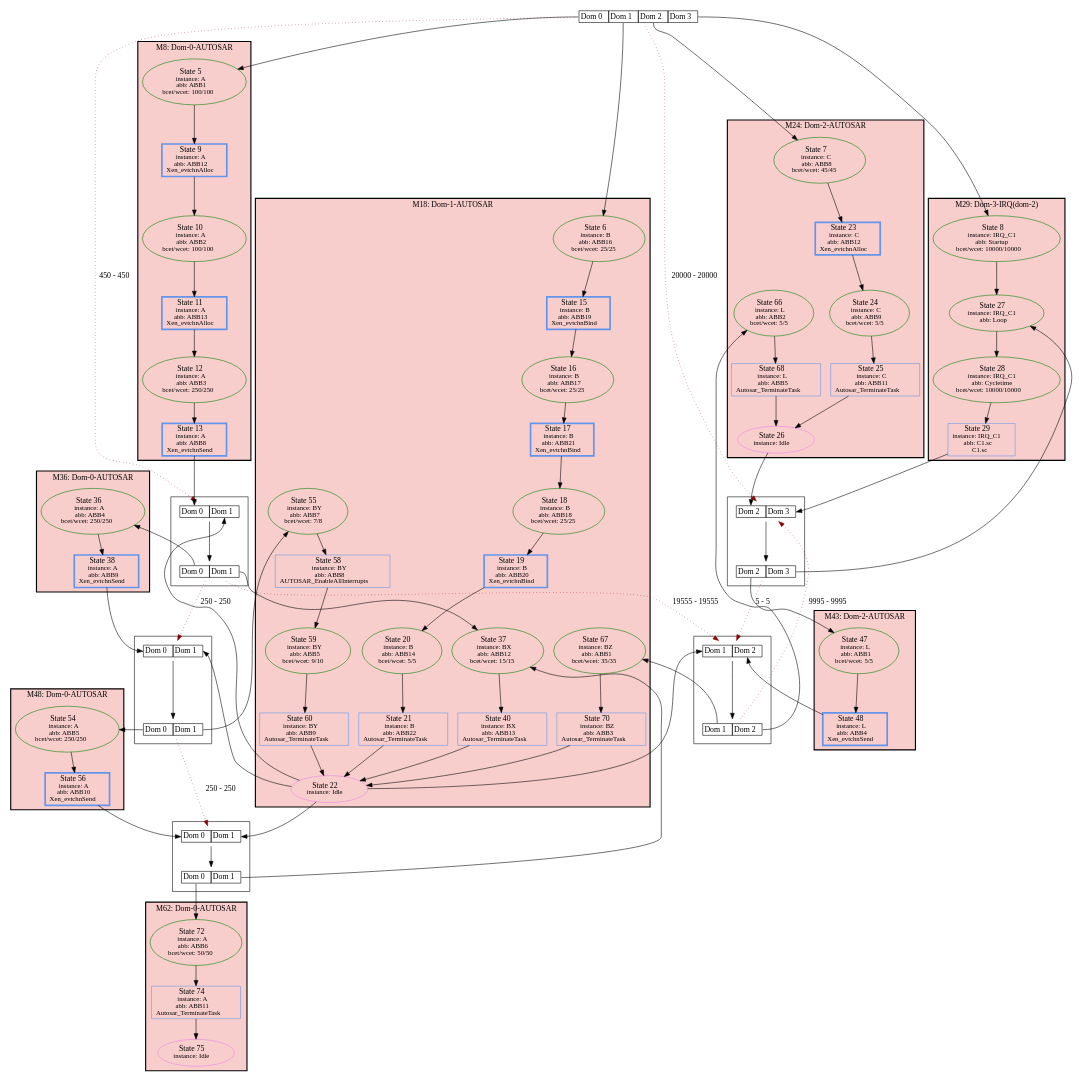
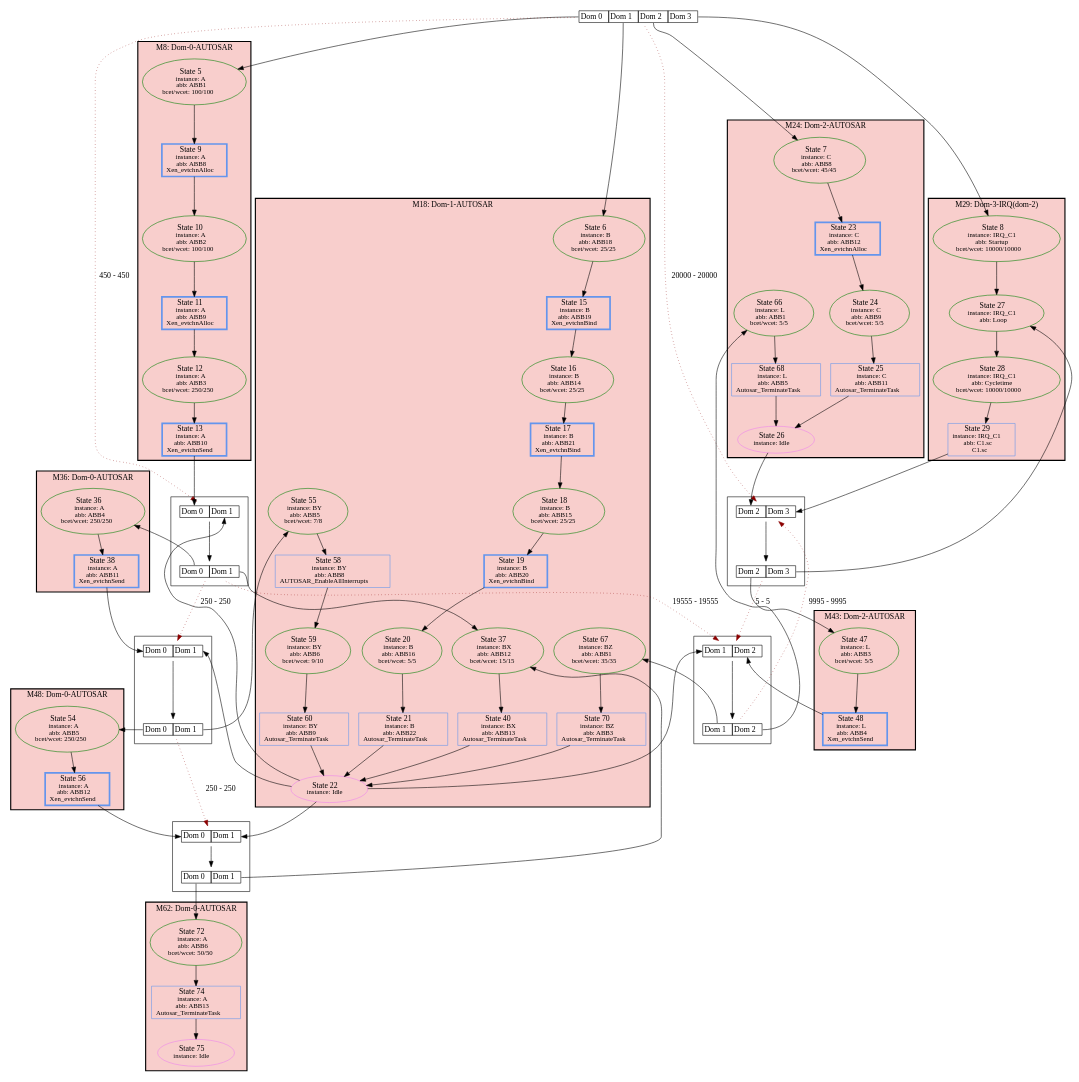
One commit to luhsra/ara changed the diagram in appl/Xen/channels/HyperSSE.channels.hstg.dot. Above: the diagram before and after it, drawn with Graphviz. The commit also changed 50 other files, not shown here.

Commit message:
HyperSSE-XenEval: update reference graphs because ABB numbers changed (not sure why)

```diff
--- a/appl/Xen/channels/HyperSSE.channels.hstg.dot
+++ b/appl/Xen/channels/HyperSSE.channels.hstg.dot
@@ -6,30 +6,30 @@
 bgcolor="#F8CECC";
 style=bold;
 2 [fontsize=14, label=<State 5<br/><font point-size='12'>instance: A<br/>abb: ABB1<br/>bcet/wcet: 100/100</font>>, tooltip=2, style=solid, color=green];
-3 [fontsize=14, label=<State 9<br/><font point-size='12'>instance: A<br/>abb: ABB12<br/>Xen_evtchnAlloc</font>>, tooltip=3, color=cornflowerblue, shape=box, penwidth=3];
+3 [fontsize=14, label=<State 9<br/><font point-size='12'>instance: A<br/>abb: ABB8<br/>Xen_evtchnAlloc</font>>, tooltip=3, color=cornflowerblue, shape=box, penwidth=3];
 4 [fontsize=14, label=<State 10<br/><font point-size='12'>instance: A<br/>abb: ABB2<br/>bcet/wcet: 100/100</font>>, tooltip=4, style=solid, color=green];
-5 [fontsize=14, label=<State 11<br/><font point-size='12'>instance: A<br/>abb: ABB13<br/>Xen_evtchnAlloc</font>>, tooltip=5, color=cornflowerblue, shape=box, penwidth=3];
+5 [fontsize=14, label=<State 11<br/><font point-size='12'>instance: A<br/>abb: ABB9<br/>Xen_evtchnAlloc</font>>, tooltip=5, color=cornflowerblue, shape=box, penwidth=3];
 6 [fontsize=14, label=<State 12<br/><font point-size='12'>instance: A<br/>abb: ABB3<br/>bcet/wcet: 250/250</font>>, tooltip=6, style=solid, color=green];
-7 [fontsize=14, label=<State 13<br/><font point-size='12'>instance: A<br/>abb: ABB8<br/>Xen_evtchnSend</font>>, tooltip=7, color=cornflowerblue, shape=box, penwidth=3];
+7 [fontsize=14, label=<State 13<br/><font point-size='12'>instance: A<br/>abb: ABB10<br/>Xen_evtchnSend</font>>, tooltip=7, color=cornflowerblue, shape=box, penwidth=3];
 }
 subgraph cluster_18 {
 label="M18: Dom-1-AUTOSAR";
 bgcolor="#F8CECC";
 style=bold;
-9 [fontsize=14, label=<State 6<br/><font point-size='12'>instance: B<br/>abb: ABB16<br/>bcet/wcet: 25/25</font>>, tooltip=9, style=solid, color=green];
+9 [fontsize=14, label=<State 6<br/><font point-size='12'>instance: B<br/>abb: ABB18<br/>bcet/wcet: 25/25</font>>, tooltip=9, style=solid, color=green];
 10 [fontsize=14, label=<State 15<br/><font point-size='12'>instance: B<br/>abb: ABB19<br/>Xen_evtchnBind</font>>, tooltip=10, color=cornflowerblue, shape=box, penwidth=3];
-11 [fontsize=14, label=<State 16<br/><font point-size='12'>instance: B<br/>abb: ABB17<br/>bcet/wcet: 25/25</font>>, tooltip=11, style=solid, color=green];
+11 [fontsize=14, label=<State 16<br/><font point-size='12'>instance: B<br/>abb: ABB14<br/>bcet/wcet: 25/25</font>>, tooltip=11, style=solid, color=green];
 12 [fontsize=14, label=<State 17<br/><font point-size='12'>instance: B<br/>abb: ABB21<br/>Xen_evtchnBind</font>>, tooltip=12, color=cornflowerblue, shape=box, penwidth=3];
-13 [fontsize=14, label=<State 18<br/><font point-size='12'>instance: B<br/>abb: ABB18<br/>bcet/wcet: 25/25</font>>, tooltip=13, style=solid, color=green];
+13 [fontsize=14, label=<State 18<br/><font point-size='12'>instance: B<br/>abb: ABB15<br/>bcet/wcet: 25/25</font>>, tooltip=13, style=solid, color=green];
 14 [fontsize=14, label=<State 19<br/><font point-size='12'>instance: B<br/>abb: ABB20<br/>Xen_evtchnBind</font>>, tooltip=14, color=cornflowerblue, shape=box, penwidth=3];
-15 [fontsize=14, label=<State 20<br/><font point-size='12'>instance: B<br/>abb: ABB14<br/>bcet/wcet: 5/5</font>>, tooltip=15, style=solid, color=green];
+15 [fontsize=14, label=<State 20<br/><font point-size='12'>instance: B<br/>abb: ABB16<br/>bcet/wcet: 5/5</font>>, tooltip=15, style=solid, color=green];
 16 [fontsize=14, label=<State 21<br/><font point-size='12'>instance: B<br/>abb: ABB22<br/>Autosar_TerminateTask</font>>, tooltip=16, color=cornflowerblue, shape=box];
 17 [fontsize=14, label=<State 22<br/><font point-size='12'>instance: Idle</font>>, tooltip=17, style=solid, color=violet];
 37 [fontsize=14, label=<State 37<br/><font point-size='12'>instance: BX<br/>abb: ABB12<br/>bcet/wcet: 15/15</font>>, tooltip=37, style=solid, color=green];
 38 [fontsize=14, label=<State 40<br/><font point-size='12'>instance: BX<br/>abb: ABB13<br/>Autosar_TerminateTask</font>>, tooltip=38, color=cornflowerblue, shape=box];
-49 [fontsize=14, label=<State 55<br/><font point-size='12'>instance: BY<br/>abb: ABB7<br/>bcet/wcet: 7/8</font>>, tooltip=49, style=solid, color=green];
+49 [fontsize=14, label=<State 55<br/><font point-size='12'>instance: BY<br/>abb: ABB5<br/>bcet/wcet: 7/8</font>>, tooltip=49, style=solid, color=green];
 50 [fontsize=14, label=<State 58<br/><font point-size='12'>instance: BY<br/>abb: ABB8<br/>AUTOSAR_EnableAllInterrupts</font>>, tooltip=50, color=cornflowerblue, shape=box];
-51 [fontsize=14, label=<State 59<br/><font point-size='12'>instance: BY<br/>abb: ABB5<br/>bcet/wcet: 9/10</font>>, tooltip=51, style=solid, color=green];
+51 [fontsize=14, label=<State 59<br/><font point-size='12'>instance: BY<br/>abb: ABB6<br/>bcet/wcet: 9/10</font>>, tooltip=51, style=solid, color=green];
 52 [fontsize=14, label=<State 60<br/><font point-size='12'>instance: BY<br/>abb: ABB9<br/>Autosar_TerminateTask</font>>, tooltip=52, color=cornflowerblue, shape=box];
 57 [fontsize=14, label=<State 67<br/><font point-size='12'>instance: BZ<br/>abb: ABB1<br/>bcet/wcet: 35/35</font>>, tooltip=57, style=solid, color=green];
 58 [fontsize=14, label=<State 70<br/><font point-size='12'>instance: BZ<br/>abb: ABB3<br/>Autosar_TerminateTask</font>>, tooltip=58, color=cornflowerblue, shape=box];
@@ -44,7 +44,7 @@
 22 [fontsize=14, label=<State 25<br/><font point-size='12'>instance: C<br/>abb: ABB11<br/>Autosar_TerminateTask</font>>, tooltip=22, color=cornflowerblue, shape=box];
 23 [fontsize=14, label=<State 26<br/><font point-size='12'>instance: Idle</font>>, tooltip=23, style=solid, color=violet];
 56 [fontsize=14, label=<State 68<br/><font point-size='12'>instance: L<br/>abb: ABB5<br/>Autosar_TerminateTask</font>>, tooltip=56, color=cornflowerblue, shape=box];
-55 [fontsize=14, label=<State 66<br/><font point-size='12'>instance: L<br/>abb: ABB2<br/>bcet/wcet: 5/5</font>>, tooltip=55, style=solid, color=green];
+55 [fontsize=14, label=<State 66<br/><font point-size='12'>instance: L<br/>abb: ABB1<br/>bcet/wcet: 5/5</font>>, tooltip=55, style=solid, color=green];
 }
 subgraph cluster_29 {
 label="M29: Dom-3-IRQ(dom-2)";
@@ -60,13 +60,13 @@
 bgcolor="#F8CECC";
 style=bold;
 34 [fontsize=14, label=<State 36<br/><font point-size='12'>instance: A<br/>abb: ABB4<br/>bcet/wcet: 250/250</font>>, tooltip=34, style=solid, color=green];
-35 [fontsize=14, label=<State 38<br/><font point-size='12'>instance: A<br/>abb: ABB9<br/>Xen_evtchnSend</font>>, tooltip=35, color=cornflowerblue, shape=box, penwidth=3];
+35 [fontsize=14, label=<State 38<br/><font point-size='12'>instance: A<br/>abb: ABB11<br/>Xen_evtchnSend</font>>, tooltip=35, color=cornflowerblue, shape=box, penwidth=3];
 }
 subgraph cluster_43 {
 label="M43: Dom-2-AUTOSAR";
 bgcolor="#F8CECC";
 style=bold;
-41 [fontsize=14, label=<State 47<br/><font point-size='12'>instance: L<br/>abb: ABB1<br/>bcet/wcet: 5/5</font>>, tooltip=41, style=solid, color=green];
+41 [fontsize=14, label=<State 47<br/><font point-size='12'>instance: L<br/>abb: ABB3<br/>bcet/wcet: 5/5</font>>, tooltip=41, style=solid, color=green];
 42 [fontsize=14, label=<State 48<br/><font point-size='12'>instance: L<br/>abb: ABB4<br/>Xen_evtchnSend</font>>, tooltip=42, color=cornflowerblue, shape=box, penwidth=3];
 }
 subgraph cluster_48 {
@@ -74,14 +74,14 @@
 bgcolor="#F8CECC";
 style=bold;
 46 [fontsize=14, label=<State 54<br/><font point-size='12'>instance: A<br/>abb: ABB5<br/>bcet/wcet: 250/250</font>>, tooltip=46, style=solid, color=green];
-47 [fontsize=14, label=<State 56<br/><font point-size='12'>instance: A<br/>abb: ABB10<br/>Xen_evtchnSend</font>>, tooltip=47, color=cornflowerblue, shape=box, penwidth=3];
+47 [fontsize=14, label=<State 56<br/><font point-size='12'>instance: A<br/>abb: ABB12<br/>Xen_evtchnSend</font>>, tooltip=47, color=cornflowerblue, shape=box, penwidth=3];
 }
 subgraph cluster_62 {
 label="M62: Dom-0-AUTOSAR";
 bgcolor="#F8CECC";
 style=bold;
 59 [fontsize=14, label=<State 72<br/><font point-size='12'>instance: A<br/>abb: ABB6<br/>bcet/wcet: 50/50</font>>, tooltip=59, style=solid, color=green];
-60 [fontsize=14, label=<State 74<br/><font point-size='12'>instance: A<br/>abb: ABB11<br/>Autosar_TerminateTask</font>>, tooltip=60, color=cornflowerblue, shape=box];
+60 [fontsize=14, label=<State 74<br/><font point-size='12'>instance: A<br/>abb: ABB13<br/>Autosar_TerminateTask</font>>, tooltip=60, color=cornflowerblue, shape=box];
 61 [fontsize=14, label=<State 75<br/><font point-size='12'>instance: Idle</font>>, tooltip=61, style=solid, color=violet];
 }
 subgraph cluster_Metasync30 {
```
